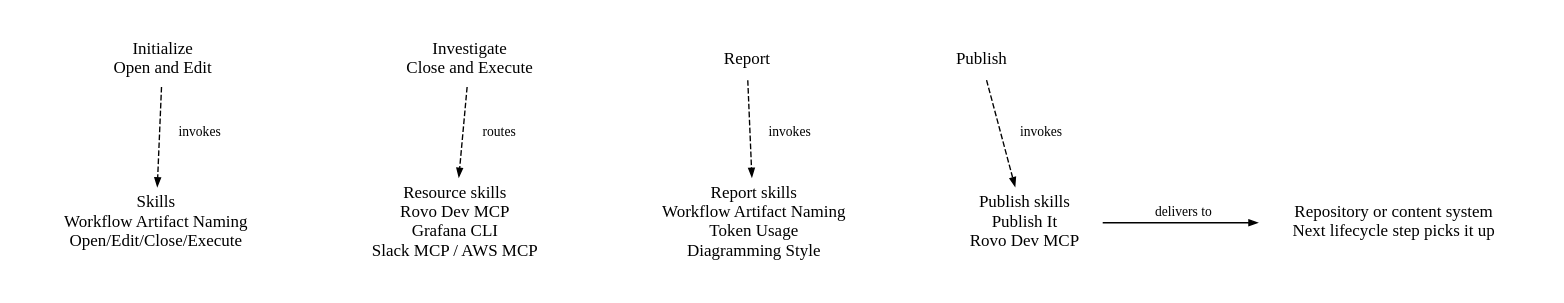
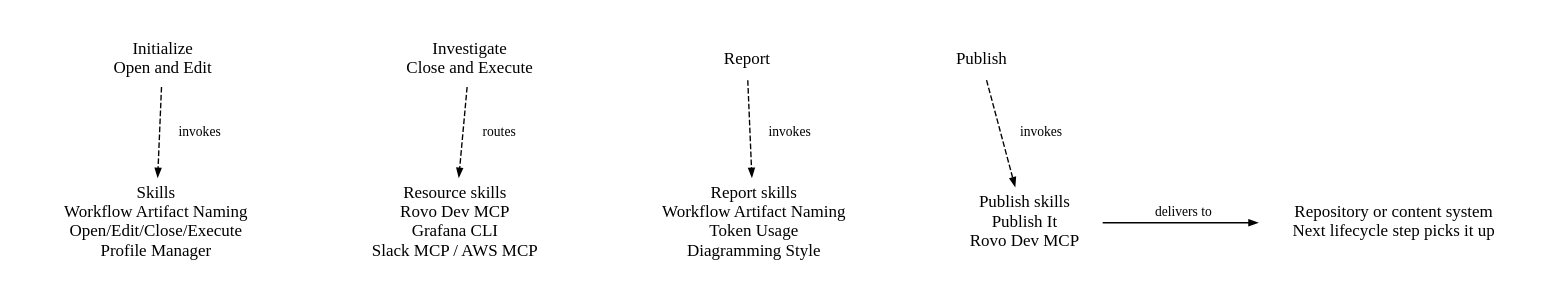
The diagram in diagrams/DIAGRAM-investigation-skill-routing.dot (orenlion1/investigation-skills), drawn with Graphviz before and after one commit. The commit also changed 21 other files, not shown here.

First line of the commit message:
feat: add the profile-manager skill for local .env resource profiles (#12)

```diff
--- a/diagrams/DIAGRAM-investigation-skill-routing.dot
+++ b/diagrams/DIAGRAM-investigation-skill-routing.dot
@@ -1,28 +1,28 @@
 // Independent skill routes; peer placement is not an execution-order edge.
 // Activity labels carry the Open/Edit/Close/Execute mode they run in, matching
 // the lifecycle view. Dashed edges invoke or route; the solid edge delivers.
 digraph InvestigationSkillRouting {
   graph [rankdir=TB, margin=0, pad=0.3, nodesep=0.85, ranksep=0.9,
          fontname="Trebuchet MS", fontsize=15, splines=polyline];
   node [shape=plaintext, fontname="Trebuchet MS", fontsize=15, margin="0.25,0.10"];
   edge [fontname="Trebuchet MS", fontsize=12, arrowsize=0.7, penwidth=1.2];
 
   initialize [label="Initialize\nOpen and Edit"];
   investigate [label="Investigate\nClose and Execute"];
   report [label="Report"];
   publish [label="Publish"];
-  setup_skills [label="Skills\nWorkflow Artifact Naming\nOpen/Edit/Close/Execute"];
+  setup_skills [label="Skills\nWorkflow Artifact Naming\nOpen/Edit/Close/Execute\nProfile Manager"];
   resource_skills [label="Resource skills\nRovo Dev MCP\nGrafana CLI\nSlack MCP / AWS MCP"];
   report_skills [label="Report skills\nWorkflow Artifact Naming\nToken Usage\nDiagramming Style"];
   publish_skills [label="Publish skills\nPublish It\nRovo Dev MCP"];
   destination [label="Repository or content system\nNext lifecycle step picks it up"];
 
   { rank=same; initialize; investigate; report; publish; }
   { rank=same; setup_skills; resource_skills; report_skills; publish_skills; destination; }
   initialize -> investigate -> report -> publish [style=invis, weight=100];
   initialize -> setup_skills [label=<<TABLE BORDER="0" CELLBORDER="0" CELLSPACING="0" CELLPADDING="0"><TR><TD WIDTH="16"></TD><TD>invokes</TD></TR></TABLE>>, style=dashed];
   investigate -> resource_skills [label=<<TABLE BORDER="0" CELLBORDER="0" CELLSPACING="0" CELLPADDING="0"><TR><TD WIDTH="16"></TD><TD>routes</TD></TR></TABLE>>, style=dashed];
   report -> report_skills [label=<<TABLE BORDER="0" CELLBORDER="0" CELLSPACING="0" CELLPADDING="0"><TR><TD WIDTH="16"></TD><TD>invokes</TD></TR></TABLE>>, style=dashed];
   publish -> publish_skills [label=<<TABLE BORDER="0" CELLBORDER="0" CELLSPACING="0" CELLPADDING="0"><TR><TD WIDTH="16"></TD><TD>invokes</TD></TR></TABLE>>, style=dashed];
   publish_skills -> destination [label=<<TABLE BORDER="0" CELLBORDER="0" CELLSPACING="0" CELLPADDING="0"><TR><TD WIDTH="16"></TD><TD>delivers to</TD></TR></TABLE>>];
 }
```
